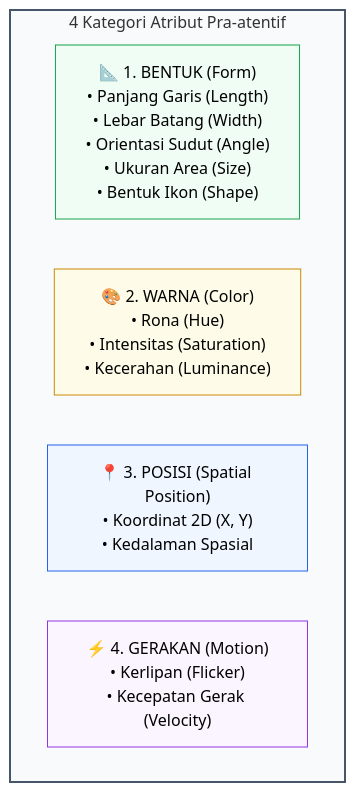
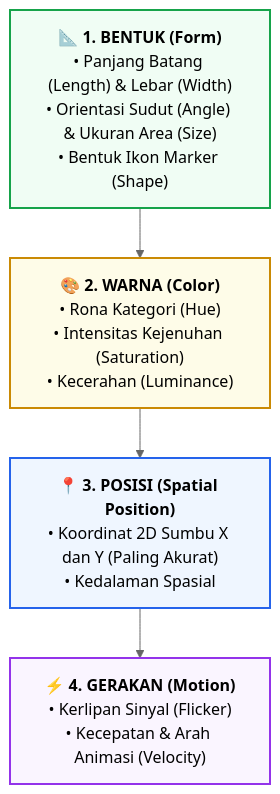
Before and after one commit to mahendaruui/Perkuliahan: the second of 3 diagrams in docs/visualisasi-data/02-persepsi-visual-gestalt.md, drawn with Mermaid (neutral theme). The commit also changed other lines of this file and 15 other files, not shown here.

Commit message:
refactor: update and standardize mermaid diagrams across all documentation modules

````diff
--- a/docs/visualisasi-data/02-persepsi-visual-gestalt.md
+++ b/docs/visualisasi-data/02-persepsi-visual-gestalt.md
@@ -56,15 +42,12 @@
 ```mermaid
 flowchart TD
-    subgraph Atribut["4 Kategori Atribut Pra-atentif"]
-        C1["📐 1. BENTUK (Form)<br>• Panjang Garis (Length)<br>• Lebar Batang (Width)<br>• Orientasi Sudut (Angle)<br>• Ukuran Area (Size)<br>• Bentuk Ikon (Shape)"]
-        C2["🎨 2. WARNA (Color)<br>• Rona (Hue)<br>• Intensitas (Saturation)<br>• Kecerahan (Luminance)"]
-        C3["📍 3. POSISI (Spatial Position)<br>• Koordinat 2D (X, Y)<br>• Kedalaman Spasial"]
-        C4["⚡ 4. GERAKAN (Motion)<br>• Kerlipan (Flicker)<br>• Kecepatan Gerak (Velocity)"]
-    end
+    C1["📐 <b>1. BENTUK (Form)</b><br>• Panjang Batang (Length) & Lebar (Width)<br>• Orientasi Sudut (Angle) & Ukuran Area (Size)<br>• Bentuk Ikon Marker (Shape)"]
+    --> C2["🎨 <b>2. WARNA (Color)</b><br>• Rona Kategori (Hue)<br>• Intensitas Kejenuhan (Saturation)<br>• Kecerahan (Luminance)"]
+    --> C3["📍 <b>3. POSISI (Spatial Position)</b><br>• Koordinat 2D Sumbu X dan Y (Paling Akurat)<br>• Kedalaman Spasial"]
+    --> C4["⚡ <b>4. GERAKAN (Motion)</b><br>• Kerlipan Sinyal (Flicker)<br>• Kecepatan & Arah Animasi (Velocity)"]
 
-    style Atribut fill:#f8fafc,stroke:#475569,stroke-width:2px
-    style C1 fill:#f0fdf4,stroke:#16a34a,stroke-width:1px
-    style C2 fill:#fefce8,stroke:#ca8a04,stroke-width:1px
-    style C3 fill:#eff6ff,stroke:#2563eb,stroke-width:1px
-    style C4 fill:#faf5ff,stroke:#9333ea,stroke-width:1px
+    style C1 fill:#f0fdf4,stroke:#16a34a,stroke-width:2px
+    style C2 fill:#fefce8,stroke:#ca8a04,stroke-width:2px
+    style C3 fill:#eff6ff,stroke:#2563eb,stroke-width:2px
+    style C4 fill:#faf5ff,stroke:#9333ea,stroke-width:2px
 ```
````
